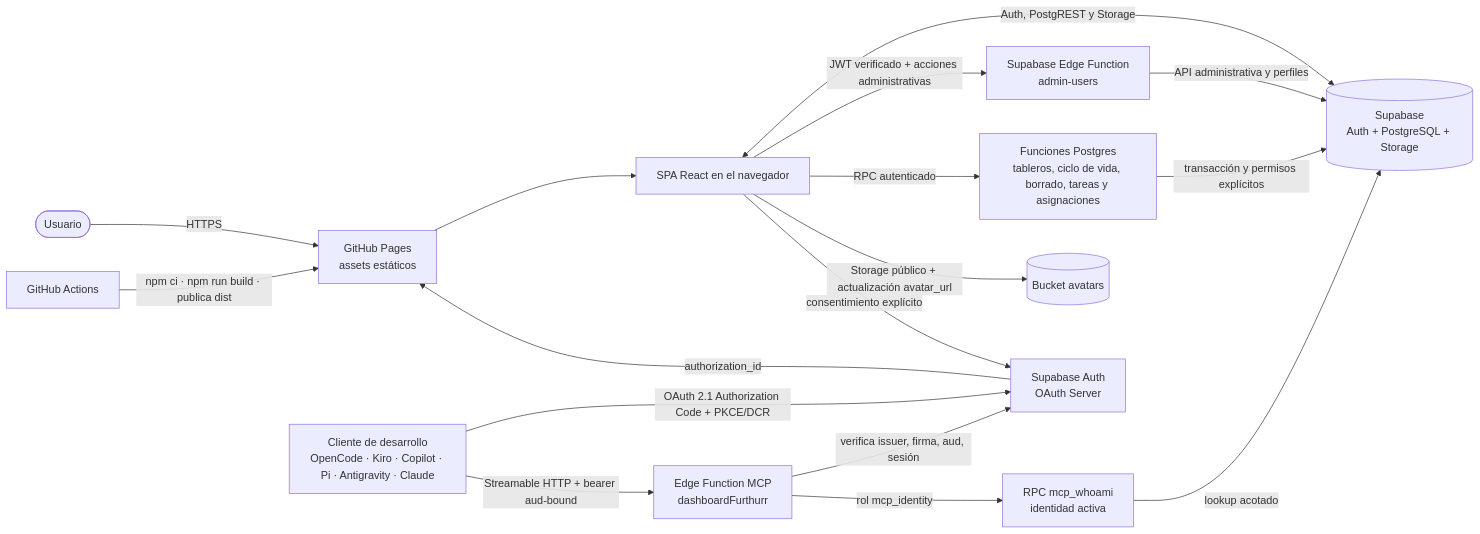
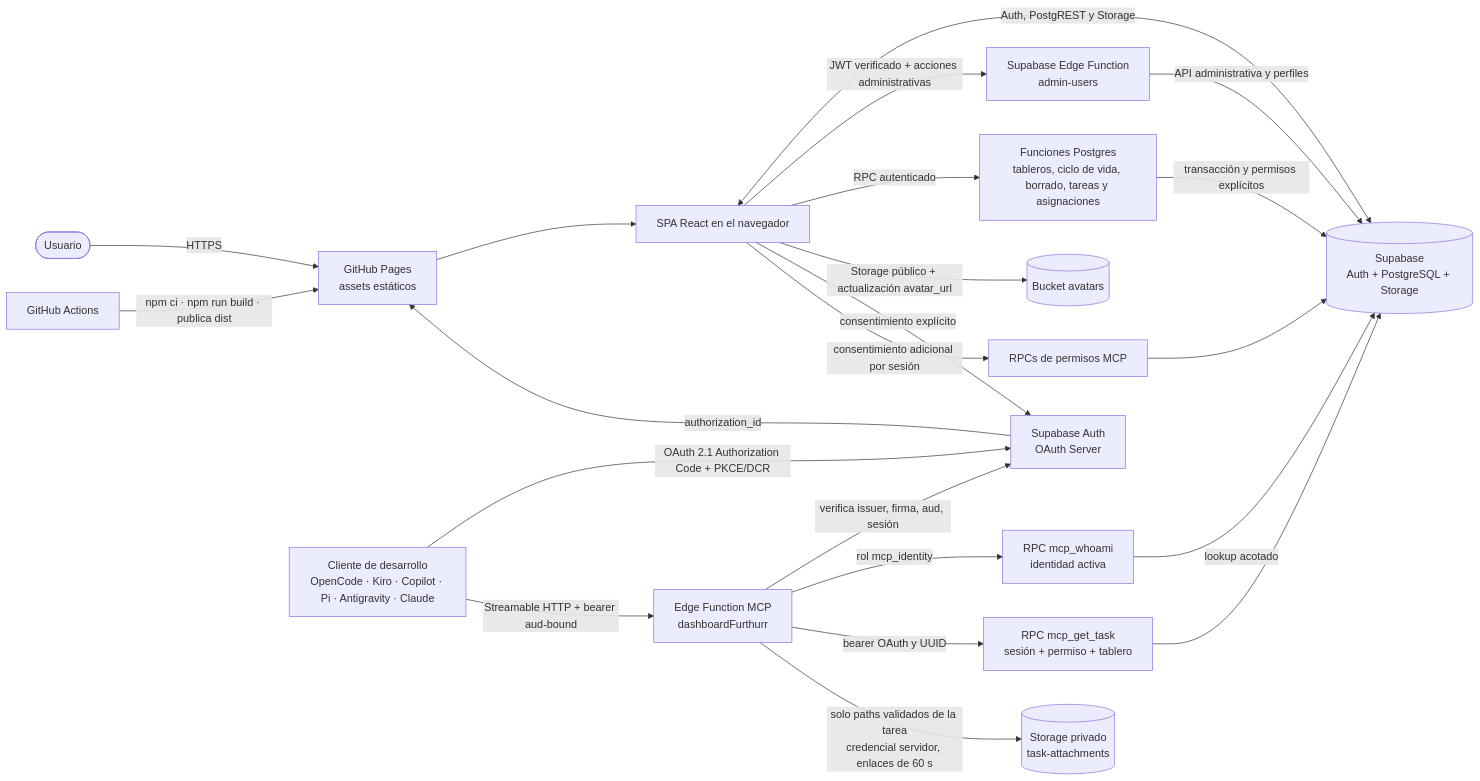
The diagram in .architecture/README.md (furthurr/dashboardFurthurr), drawn with Mermaid before and after one commit. The commit also changed other lines of this file and 36 other files, not shown here.

First line of the commit message:
feat(mcp): añadir consulta de tareas con autorización por sesión

````diff
--- a/.architecture/README.md
+++ b/.architecture/README.md
@@ -34,19 +34,24 @@
 ```mermaid
 flowchart LR
   user([Usuario]) -->|HTTPS| pages[GitHub Pages<br/>assets estáticos]
   pages --> browser[SPA React en el navegador]
   browser <-->|Auth, PostgREST y Storage| supabase[(Supabase<br/>Auth + PostgreSQL + Storage)]
   browser -->|JWT verificado + acciones administrativas| edge[Supabase Edge Function<br/>admin-users]
   edge -->|API administrativa y perfiles| supabase
   browser -->|RPC autenticado| rpc[Funciones Postgres<br/>tableros, ciclo de vida, borrado, tareas y asignaciones]
   rpc -->|transacción y permisos explícitos| supabase
   browser -->|Storage público + actualización avatar_url| avatars[(Bucket avatars)]
   client[Cliente de desarrollo<br/>OpenCode · Kiro · Copilot · Pi · Antigravity · Claude] -->|OAuth 2.1 Authorization Code + PKCE/DCR| auth[Supabase Auth<br/>OAuth Server]
   auth -->|authorization_id| pages
   browser -->|consentimiento explícito| auth
   client -->|Streamable HTTP + bearer aud-bound| mcp[Edge Function MCP<br/>dashboardFurthurr]
   mcp -->|verifica issuer, firma, aud, sesión| auth
   mcp -->|rol mcp_identity| whoami[RPC mcp_whoami<br/>identidad activa]
   whoami -->|lookup acotado| supabase
+  browser -->|consentimiento adicional por sesión| consent[RPCs de permisos MCP]
+  consent --> supabase
+  mcp -->|bearer OAuth y UUID| taskread[RPC mcp_get_task<br/>sesión + permiso + tablero]
+  taskread --> supabase
+  mcp -->|solo paths validados de la tarea<br/>credencial servidor, enlaces de 60 s| files[(Storage privado<br/>task-attachments)]
   actions[GitHub Actions] -->|npm ci · npm run build · publica dist| pages
 ```
````
